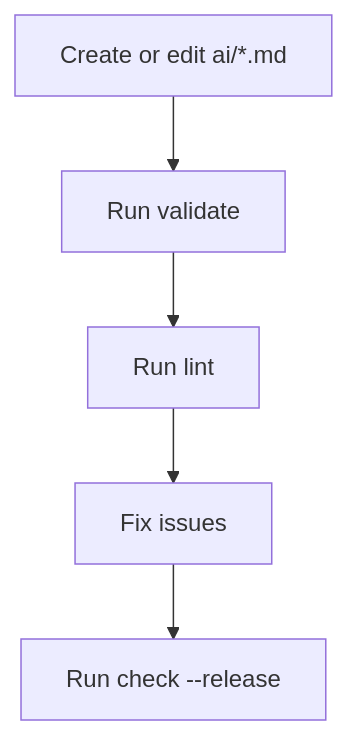
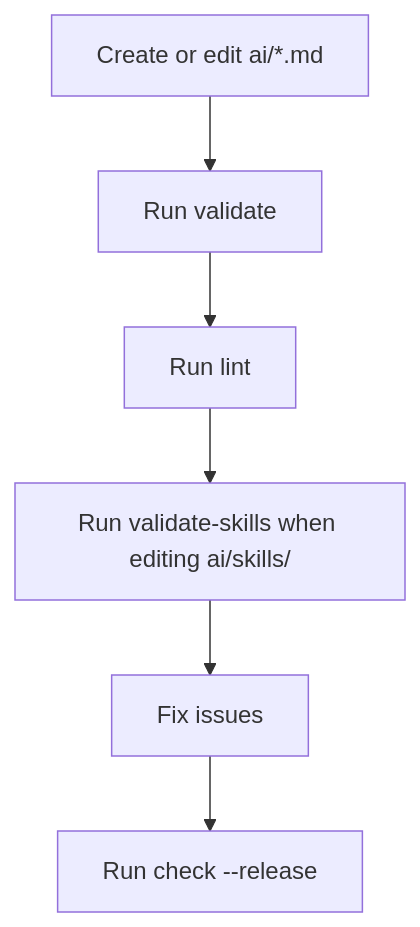
Before and after one commit to davidsneighbour/ai: the diagram in documentation/repository-structure-and-features.md, drawn with Mermaid. The commit also changed other lines of this file and 5 other files, not shown here.

````diff
--- a/documentation/repository-structure-and-features.md
+++ b/documentation/repository-structure-and-features.md
@@ -86,7 +88,8 @@
 ```mermaid
 flowchart TD
     A[Create or edit ai/*.md] --> B[Run validate]
     B --> C[Run lint]
-    C --> D[Fix issues]
-    D --> E[Run check --release]
+    C --> D[Run validate-skills when editing ai/skills/]
+    D --> E[Fix issues]
+    E --> F[Run check --release]
 ```
````
